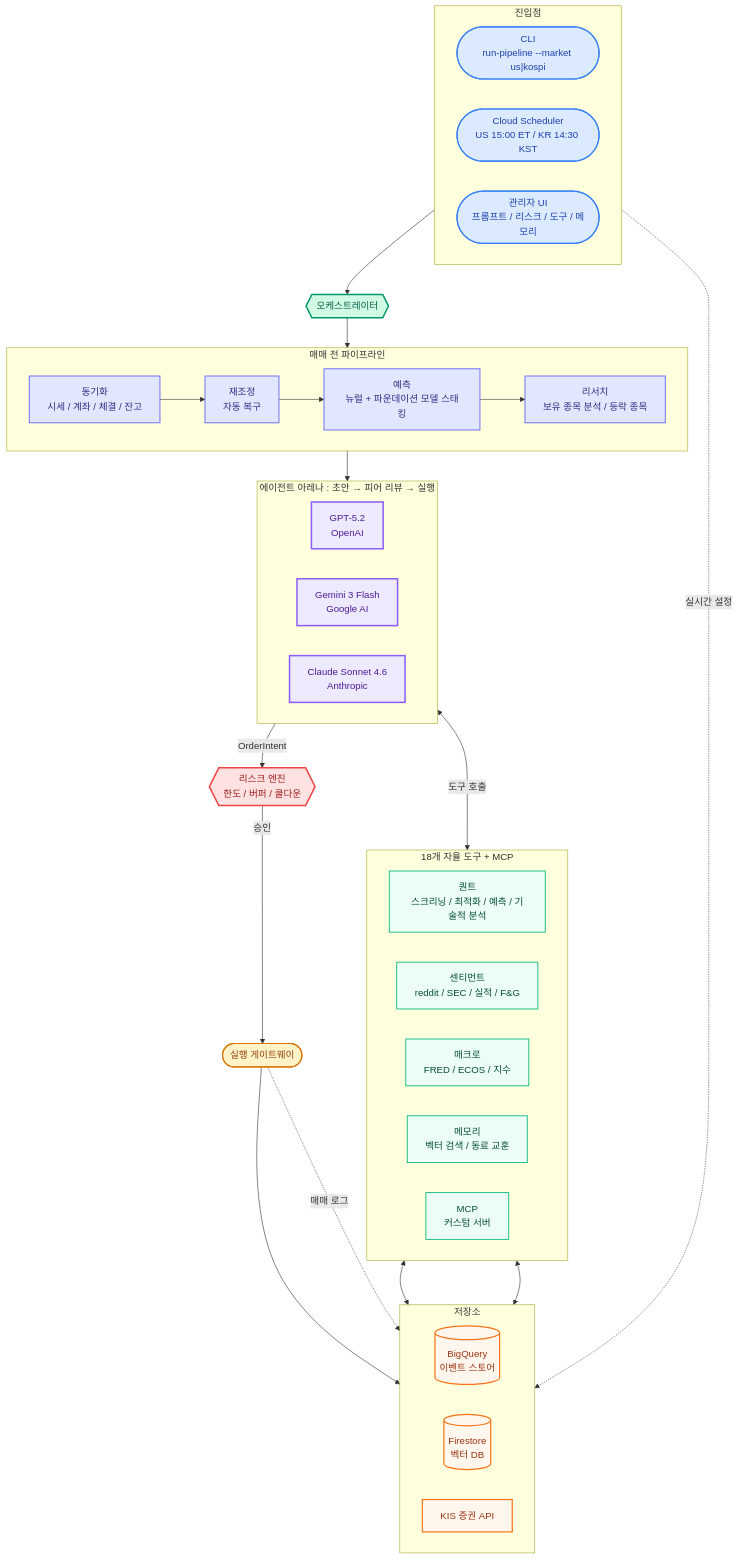
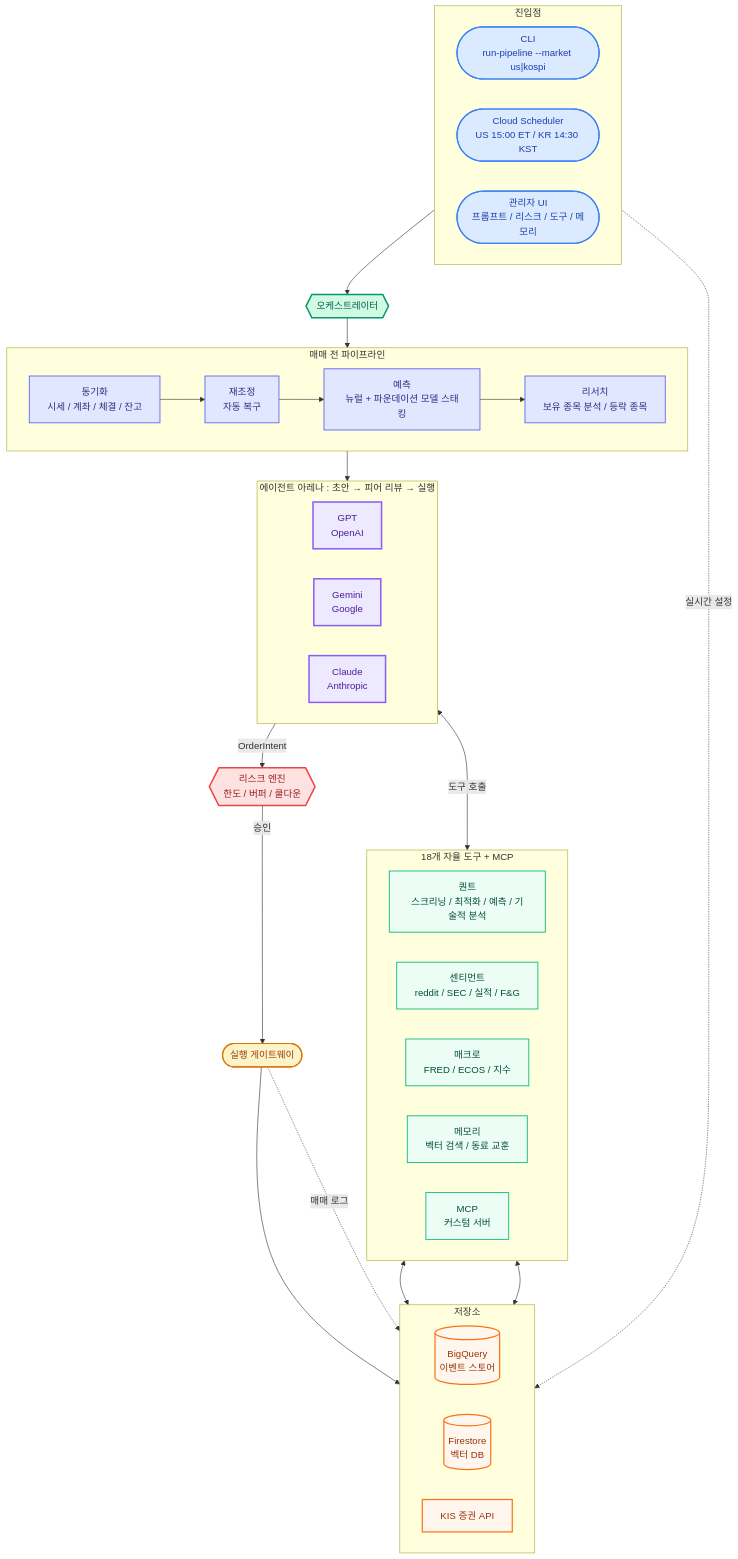
Before and after one commit to midnightnnn/llm_invest: the first of 3 diagrams in README.md, drawn with Mermaid. The commit also changed other lines of this file and 7 other files, not shown here.

````diff
--- a/README.md
+++ b/README.md
@@ -161,72 +161,72 @@
 ```mermaid
 flowchart TB
     subgraph ENTRY["진입점"]
         direction LR
         CLI(["CLI\nrun-pipeline --market us|kospi"])
         SCHED(["Cloud Scheduler\nUS 15:00 ET / KR 14:30 KST"])
         ADMIN(["관리자 UI\n프롬프트 / 리스크 / 도구 / 메모리"])
     end
 
     ORCH{{"오케스트레이터"}}
 
     subgraph PIPELINE["매매 전 파이프라인"]
         direction LR
         SYNC["동기화\n시세 / 계좌 / 체결 / 잔고"]
         RECON["재조정\n자동 복구"]
         FCAST["예측\n뉴럴 + 파운데이션 모델 스태킹"]
         RSRCH["리서치\n보유 종목 분석 / 등락 종목"]
         SYNC --> RECON --> FCAST --> RSRCH
     end
 
     subgraph ARENA["에이전트 아레나 : 초안 → 피어 리뷰 → 실행"]
         direction LR
-        GPT["GPT-5.2\nOpenAI"]
-        GEM["Gemini 3 Flash\nGoogle AI"]
-        CLD["Claude Sonnet 4.6\nAnthropic"]
+        GPT["GPT\nOpenAI"]
+        GEM["Gemini\nGoogle"]
+        CLD["Claude\nAnthropic"]
     end
 
     subgraph TOOLS["18개 자율 도구 + MCP"]
         direction LR
         TQ["퀀트\n스크리닝 / 최적화 / 예측 / 기술적 분석"]
         TS["센티먼트\nreddit / SEC / 실적 / F&G"]
         TM["매크로\nFRED / ECOS / 지수"]
         TC["메모리\n벡터 검색 / 동료 교훈"]
         TMCP["MCP\n커스텀 서버"]
     end
 
     RISK{{"리스크 엔진\n한도 / 버퍼 / 쿨다운"}}
     GW(["실행 게이트웨이"])
 
     subgraph STORE["저장소"]
         direction LR
         BQ[("BigQuery\n이벤트 스토어")]
         FS[("Firestore\n벡터 DB")]
         KIS["KIS 증권 API"]
     end
 
     ENTRY --> ORCH --> PIPELINE --> ARENA
     ARENA <-->|"도구 호출"| TOOLS
     ARENA -->|"OrderIntent"| RISK
     RISK -->|"승인"| GW --> KIS
     TOOLS <--> BQ & FS
     ADMIN -.->|"실시간 설정"| BQ
     GW -.->|"매매 로그"| BQ
 
     classDef entry fill:#dbeafe,stroke:#3b82f6,stroke-width:2px,color:#1e40af
     classDef orch fill:#d1fae5,stroke:#059669,stroke-width:2.5px,color:#065f46
     classDef pipe fill:#e0e7ff,stroke:#6366f1,stroke-width:1.5px,color:#312e81
     classDef agent fill:#ede9fe,stroke:#8b5cf6,stroke-width:2.5px,color:#4c1d95
     classDef tool fill:#ecfdf5,stroke:#10b981,stroke-width:1.5px,color:#064e3b
     classDef risk fill:#fee2e2,stroke:#ef4444,stroke-width:2.5px,color:#991b1b
     classDef gw fill:#fef3c7,stroke:#d97706,stroke-width:2px,color:#92400e
     classDef store fill:#fff7ed,stroke:#f97316,stroke-width:2px,color:#9a3412
 
     class CLI,SCHED,ADMIN entry
     class ORCH orch
     class SYNC,RECON,FCAST,RSRCH pipe
     class GPT,GEM,CLD agent
     class TQ,TS,TM,TC,TMCP tool
     class RISK risk
     class GW gw
     class BQ,FS,KIS store
 ```
````
